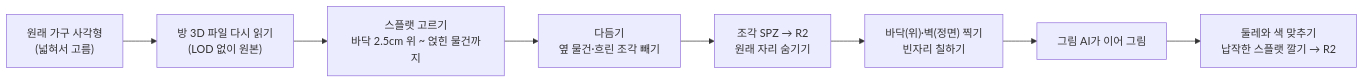
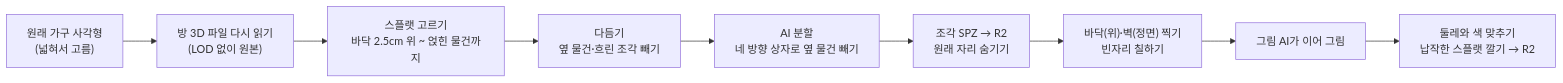
The first of 3 diagrams in README.md (dohun1214/roomlens), drawn with Mermaid before and after one commit. The commit also changed other lines of this file, not shown here.

````diff
--- a/README.md
+++ b/README.md
@@ -103,10 +103,11 @@
 ```mermaid
 flowchart LR
   A["원래 가구 사각형<br>(넓혀서 고름)"] --> B["방 3D 파일 다시 읽기<br>(LOD 없이 원본)"]
   B --> C["스플랫 고르기<br>바닥 2.5cm 위 ~ 얹힌 물건까지"]
   C --> D["다듬기<br>옆 물건·흐린 조각 빼기"]
-  D --> E["조각 SPZ → R2<br>원래 자리 숨기기"]
+  D --> S["AI 분할<br>네 방향 상자로 옆 물건 빼기"]
+  S --> E["조각 SPZ → R2<br>원래 자리 숨기기"]
   E --> F["바닥(위)·벽(정면) 찍기<br>빈자리 칠하기"]
   F --> G["그림 AI가 이어 그림"]
   G --> H["둘레와 색 맞추기<br>납작한 스플랫 깔기 → R2"]
 ```
````
